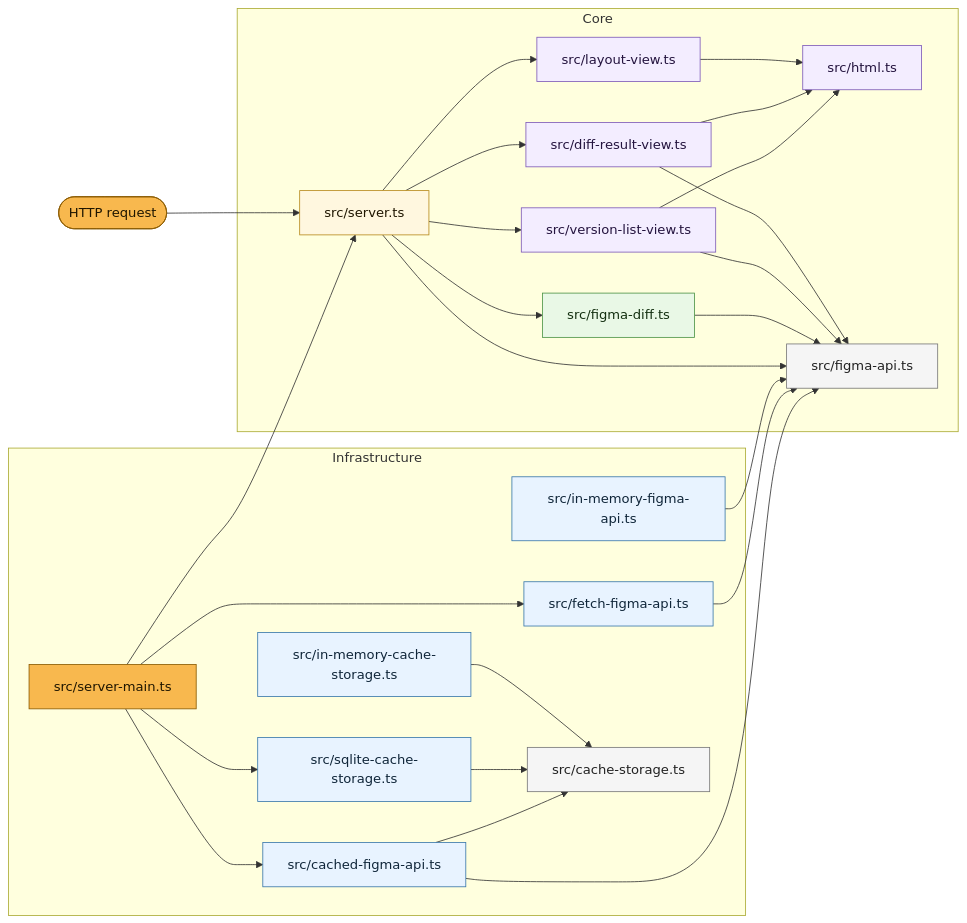
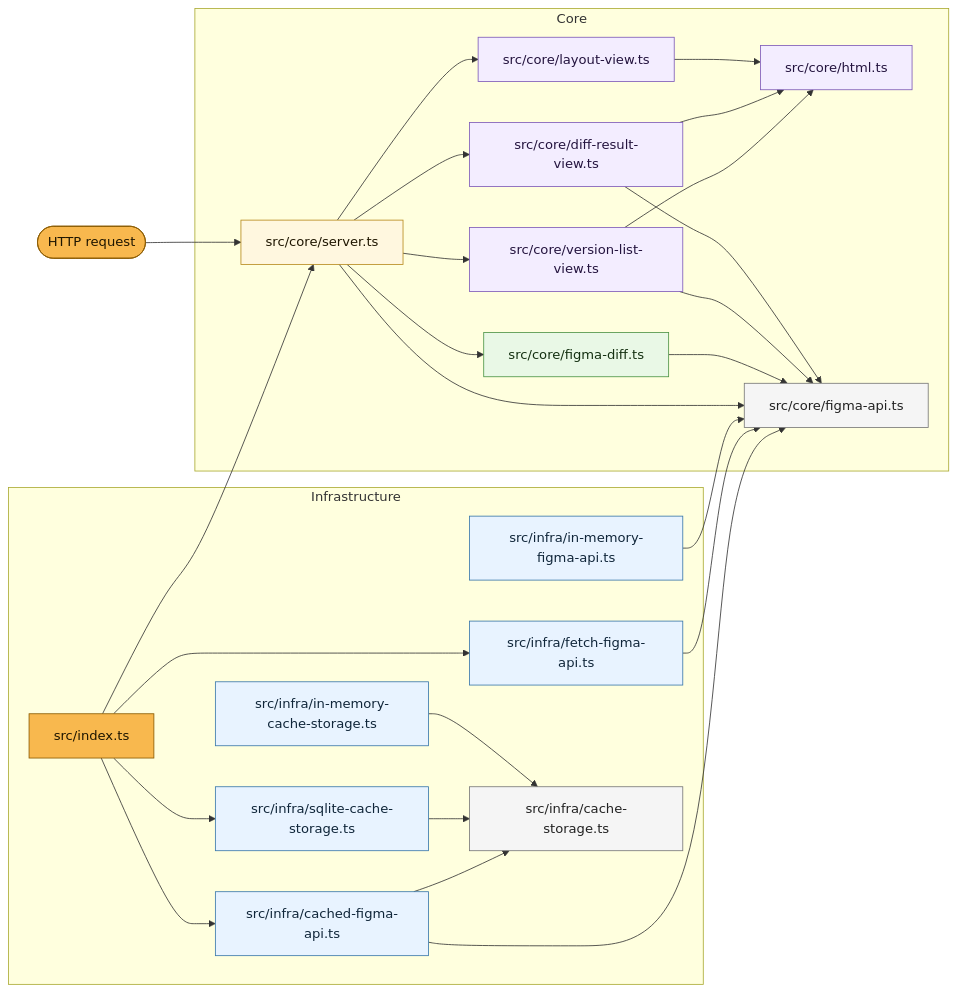
One commit to audinue/figma-diff changed the diagram in README.md. Above: the diagram before and after it, drawn with Mermaid. The commit also changed 23 other files, not shown here.

Commit message:
Split app into core and infra

````diff
--- a/README.md
+++ b/README.md
@@ -66,65 +66,65 @@
 ```mermaid
 flowchart LR
   request([HTTP request])
 
   subgraph infra["Infrastructure"]
-    main["src/server-main.ts"]
-    cached["src/cached-figma-api.ts"]
-    fetch["src/fetch-figma-api.ts"]
-    sqlite["src/sqlite-cache-storage.ts"]
-    memoryApi["src/in-memory-figma-api.ts"]
-    memoryCache["src/in-memory-cache-storage.ts"]
-    cacheStorage["src/cache-storage.ts"]
+    main["src/index.ts"]
+    cached["src/infra/cached-figma-api.ts"]
+    fetch["src/infra/fetch-figma-api.ts"]
+    sqlite["src/infra/sqlite-cache-storage.ts"]
+    memoryApi["src/infra/in-memory-figma-api.ts"]
+    memoryCache["src/infra/in-memory-cache-storage.ts"]
+    cacheStorage["src/infra/cache-storage.ts"]
   end
 
   subgraph core["Core"]
-    server["src/server.ts"]
-    diff["src/figma-diff.ts"]
-    versionList["src/version-list-view.ts"]
-    diffResult["src/diff-result-view.ts"]
-    layout["src/layout-view.ts"]
-    html["src/html.ts"]
-    figmaApi["src/figma-api.ts"]
+    server["src/core/server.ts"]
+    diff["src/core/figma-diff.ts"]
+    versionList["src/core/version-list-view.ts"]
+    diffResult["src/core/diff-result-view.ts"]
+    layout["src/core/layout-view.ts"]
+    html["src/core/html.ts"]
+    figmaApi["src/core/figma-api.ts"]
   end
 
   request --> server
 
   main --> server
   main --> cached
   main --> fetch
   main --> sqlite
 
   cached --> cacheStorage
   cached --> figmaApi
   fetch --> figmaApi
   sqlite --> cacheStorage
   memoryApi --> figmaApi
   memoryCache --> cacheStorage
 
   server --> figmaApi
   server --> diff
   server --> versionList
   server --> diffResult
   server --> layout
 
   diff --> figmaApi
   versionList --> figmaApi
   diffResult --> figmaApi
   versionList --> html
   diffResult --> html
   layout --> html
 
   classDef entry fill:#f8b84e,stroke:#8a5a00,color:#1f1600;
   classDef orchestrator fill:#fff7df,stroke:#b78a1d,color:#1f1600;
   classDef adapter fill:#e8f3ff,stroke:#3977aa,color:#10263a;
   classDef core fill:#e9f8e6,stroke:#4d9446,color:#143011;
   classDef view fill:#f3edff,stroke:#7d5ab8,color:#24143f;
   classDef contract fill:#f5f5f5,stroke:#777,color:#222;
 
   class request,main entry;
   class server orchestrator;
   class cached,fetch,memoryApi,sqlite,memoryCache adapter;
   class diff core;
   class versionList,diffResult,layout,html view;
   class figmaApi,cacheStorage contract;
 ```
````
